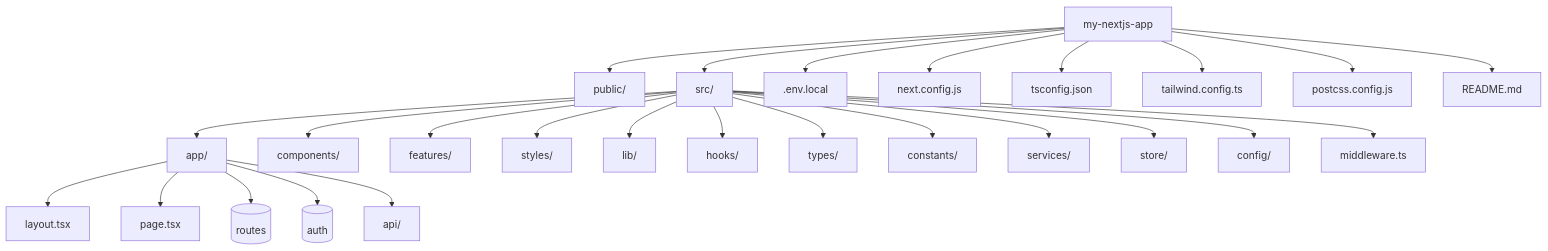
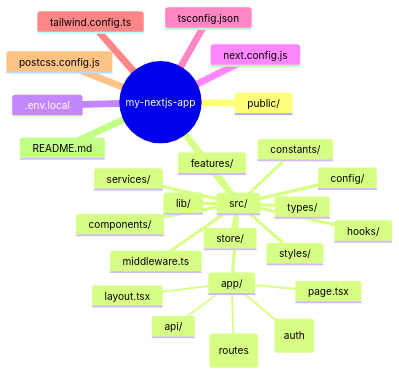
The diagram in README.md (imfemill/start-nextion), drawn with Mermaid before and after one commit. The commit also changed other lines of this file, not shown here.

````diff
--- a/README.md
+++ b/README.md
@@ -3,30 +4,29 @@
 ```mermaid
-graph TD
-    A[my-nextjs-app] --> B[public/]
-    A --> C[src/]
-    A --> D[.env.local]
-    A --> E[next.config.js]
-    A --> F[tsconfig.json]
-    A --> G[tailwind.config.ts]
-    A --> H[postcss.config.js]
-    A --> I[README.md]
-    
-    C --> C1[app/]
-    C1 --> C1a[layout.tsx]
-    C1 --> C1b[page.tsx]
-    C1 --> C1c[(routes)]
-    C1 --> C1d[(auth)]
-    C1 --> C1e[api/]
-    
-    C --> C2[components/]
-    C --> C3[features/]
-    C --> C4[styles/]
-    C --> C5[lib/]
-    C --> C6[hooks/]
-    C --> C7[types/]
-    C --> C8[constants/]
-    C --> C9[services/]
-    C --> C10[store/]
-    C --> C11[config/]
-    C --> C12[middleware.ts]
+mindmap
+  root((my-nextjs-app))
+    public/
+    src/
+      app/
+        layout.tsx
+        page.tsx
+        (routes)
+        (auth)
+        api/
+      components/
+      features/
+      styles/
+      lib/
+      hooks/
+      types/
+      constants/
+      services/
+      store/
+      config/
+      middleware.ts
+    .env.local
+    next.config.js
+    tsconfig.json
+    tailwind.config.ts
+    postcss.config.js
+    README.md
 ```
````
